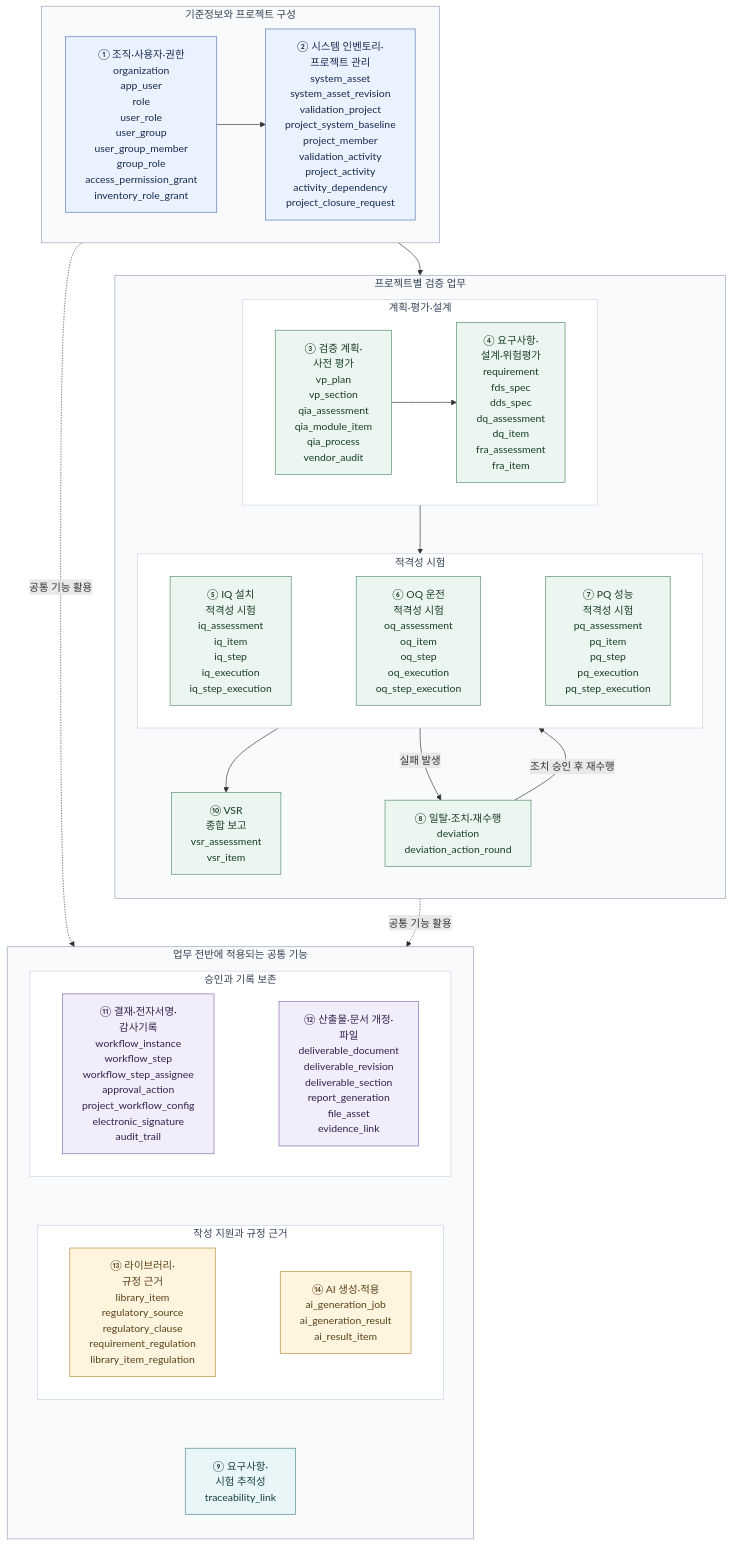
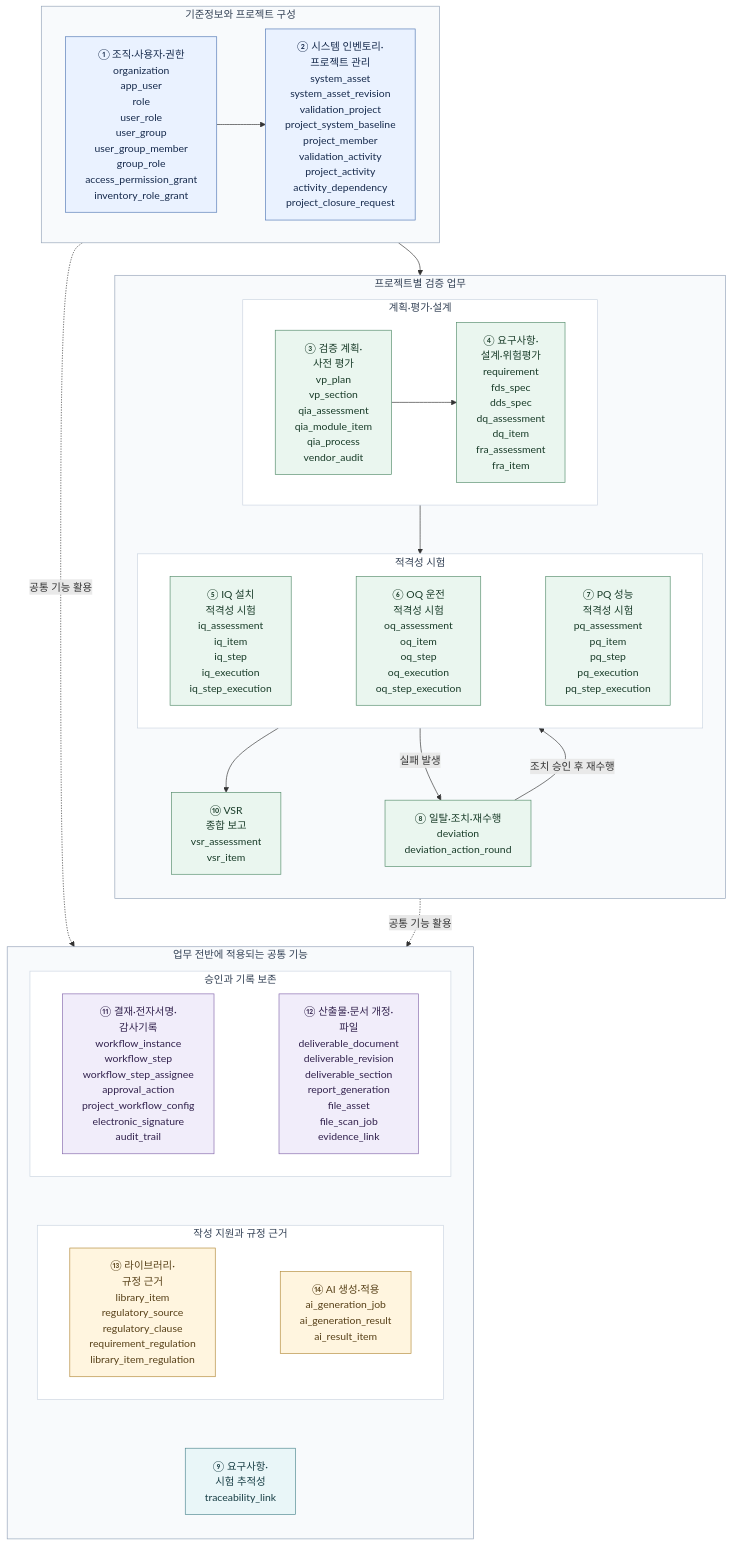
The diagram in docs/erd-overview.md (kmh52826-collab/Korean-Enterprise-Knowledge-Base-Design), drawn with Mermaid before and after one commit. The commit also changed other lines of this file, not shown here.

```diff
--- a/docs/erd-overview.md
+++ b/docs/erd-overview.md
@@ -111,6 +111,7 @@
 deliverable_section
 report_generation
 file_asset
+file_scan_job
 evidence_link"]
             WORKFLOW ~~~ DOCUMENTS
         end
```
